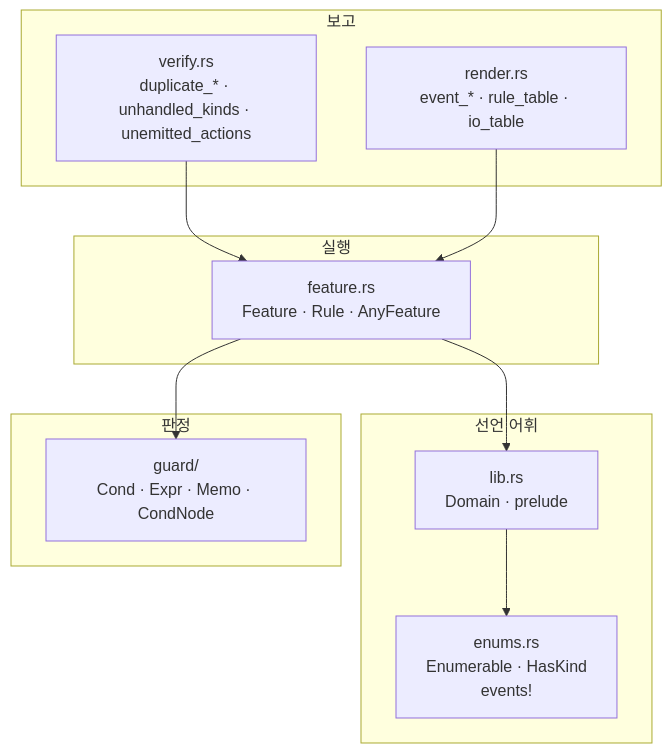
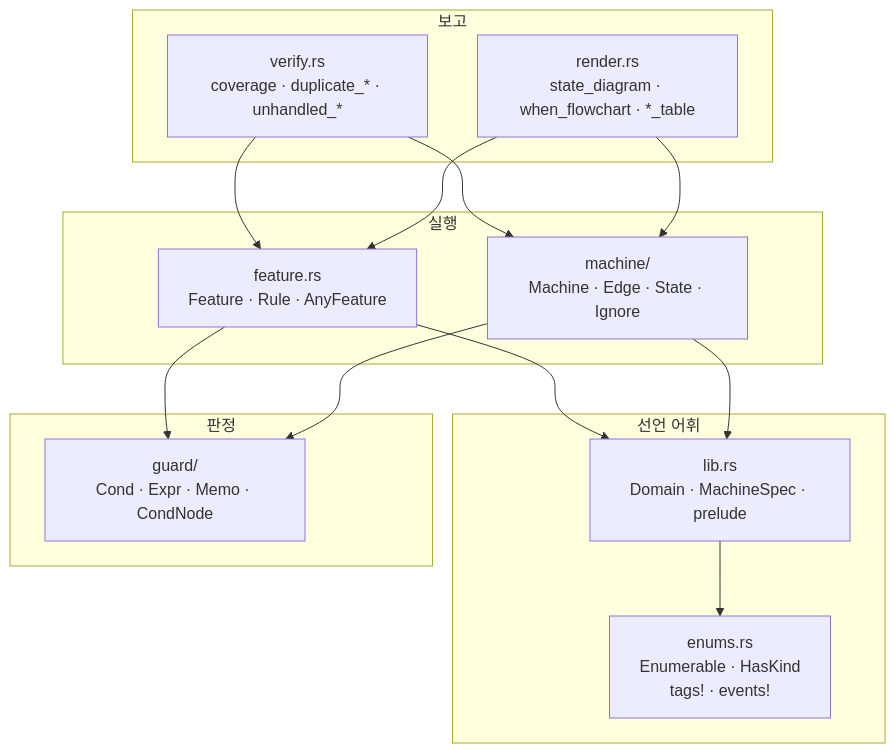
One commit to 4artit/declared changed the first of 2 diagrams in docs/1-structure.md. Above: the diagram before and after it, drawn with Mermaid. The commit also changed other lines of this file and 22 other files, not shown here.

Commit message:
rollback sm deletion / change diagram generation uses events(when) for the source

````diff
--- a/docs/1-structure.md
+++ b/docs/1-structure.md
@@ -9,26 +9,31 @@
 ```mermaid
 flowchart TD
     subgraph decl[" 선언 어휘 "]
-        L["lib.rs<br/>Domain · prelude"]
-        E["enums.rs<br/>Enumerable · HasKind<br/>events!"]
+        L["lib.rs<br/>Domain · MachineSpec · prelude"]
+        E["enums.rs<br/>Enumerable · HasKind<br/>tags! · events!"]
     end
 
     subgraph guard[" 판정 "]
         G["guard/<br/>Cond · Expr · Memo · CondNode"]
     end
 
     subgraph run[" 실행 "]
         F["feature.rs<br/>Feature · Rule · AnyFeature"]
+        M["machine/<br/>Machine · Edge · State · Ignore"]
     end
 
     subgraph report[" 보고 "]
-        V["verify.rs<br/>duplicate_* · unhandled_kinds · unemitted_actions"]
-        R["render.rs<br/>event_* · rule_table · io_table"]
+        V["verify.rs<br/>coverage · duplicate_* · unhandled_*"]
+        R["render.rs<br/>state_diagram · when_flowchart · *_table"]
     end
 
     L --> E
     F --> G
+    M --> G
     F --> L
+    M --> L
     V --> F
+    V --> M
     R --> F
+    R --> M
 ```
````
